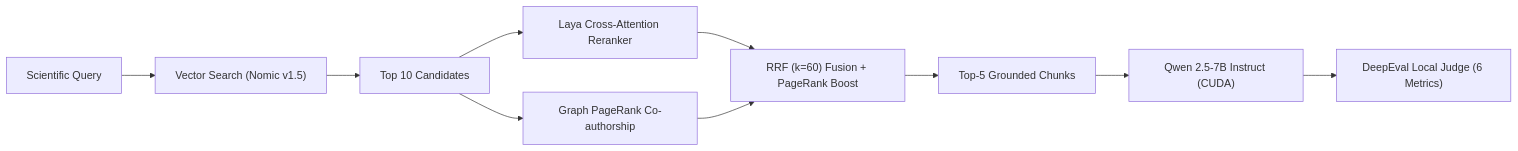
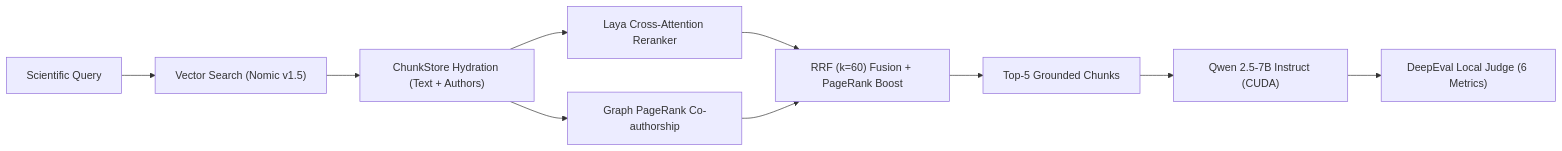
The first of 3 diagrams in docs/benchmarks/laya_pagerank_benchmark_report.md (zombieTDV/UTH-Data-Mining-Real-Time-Scientific-Data-Mining-Advanced-RAG-System-for-AI-DS), drawn with Mermaid before and after one commit. The commit also changed other lines of this file and 3 other files, not shown here.

Commit message:
fix(retrieval): hydrate empty qdrant payloads from chunk store and purge empty benchmark cache

````diff
--- a/docs/benchmarks/laya_pagerank_benchmark_report.md
+++ b/docs/benchmarks/laya_pagerank_benchmark_report.md
@@ -17,12 +17,12 @@
 ```mermaid
 flowchart LR
     Q["Scientific Query"] --> V["Vector Search (Nomic v1.5)"]
-    V --> T10["Top 10 Candidates"]
-    T10 --> L["Laya Cross-Attention Reranker"]
-    T10 --> PR["Graph PageRank Co-authorship"]
+    V --> H["ChunkStore Hydration (Text + Authors)"]
+    H --> L["Laya Cross-Attention Reranker"]
+    H --> PR["Graph PageRank Co-authorship"]
     L --> FUSE["RRF (k=60) Fusion + PageRank Boost"]
     PR --> FUSE
     FUSE --> T5["Top-5 Grounded Chunks"]
     T5 --> LLM["Qwen 2.5-7B Instruct (CUDA)"]
     LLM --> EVAL["DeepEval Local Judge (6 Metrics)"]
 ```
````
